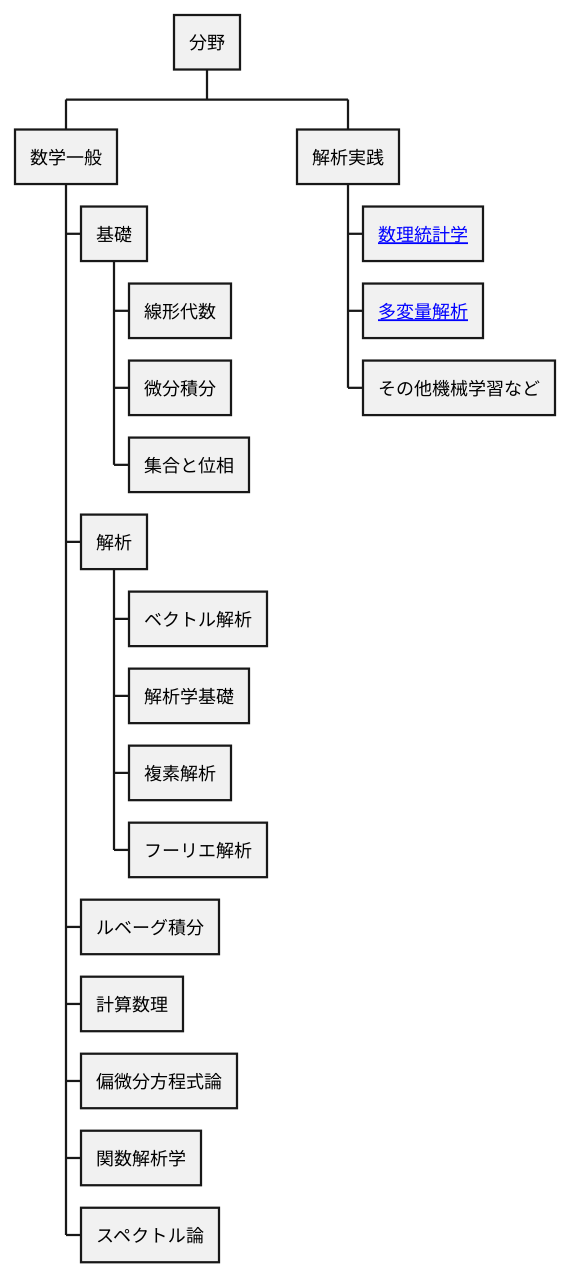
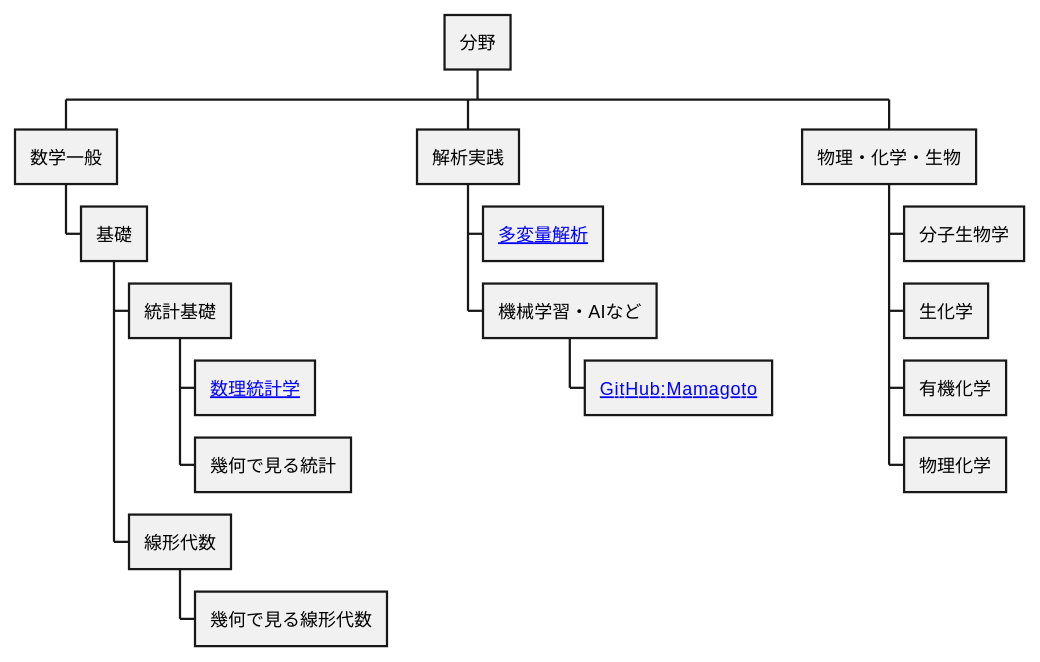
The diagram in source/01_概要.md (kaY-hR/MathNote), drawn with PlantUML before and after one commit. The commit also changed other lines of this file and 1 other file, not shown here.

Commit message:
概要の更新 #3

````diff
--- a/source/01_概要.md
+++ b/source/01_概要.md
@@ -8,24 +15,33 @@
 ```plantuml
 @startwbs
 * 分野
 ** 数学一般
 *** 基礎
+**** 統計基礎
+***** [[index.html?tab=02_数理統計学 数理統計学]]
+***** 幾何で見る統計
 **** 線形代数
-**** 微分積分
-**** 集合と位相
-*** 解析
-**** ベクトル解析
-**** 解析学基礎
-**** 複素解析
-**** フーリエ解析
-*** ルベーグ積分
-*** 計算数理
-*** 偏微分方程式論
-*** 関数解析学
-*** スペクトル論
+***** 幾何で見る線形代数
+' **** 微分積分
+' **** 集合と位相
+' *** 解析
+' **** ベクトル解析
+' **** 解析学基礎
+' **** 複素解析
+' **** フーリエ解析
+' *** ルベーグ積分
+' *** 計算数理
+' *** 偏微分方程式論
+' *** 関数解析学
+' *** スペクトル論
 ** 解析実践
-*** [[index.html?tab=02_数理統計学 数理統計学]]
 *** [[index.html?tab=10_多変量解析 多変量解析]]
-*** その他機械学習など
+*** 機械学習・AIなど
+**** [[https://github.com/kaY-hR/Mamagoto GitHub:Mamagoto]]
+** 物理・化学・生物
+*** 分子生物学
+*** 生化学
+*** 有機化学
+*** 物理化学
 @endwbs
 ```
````
